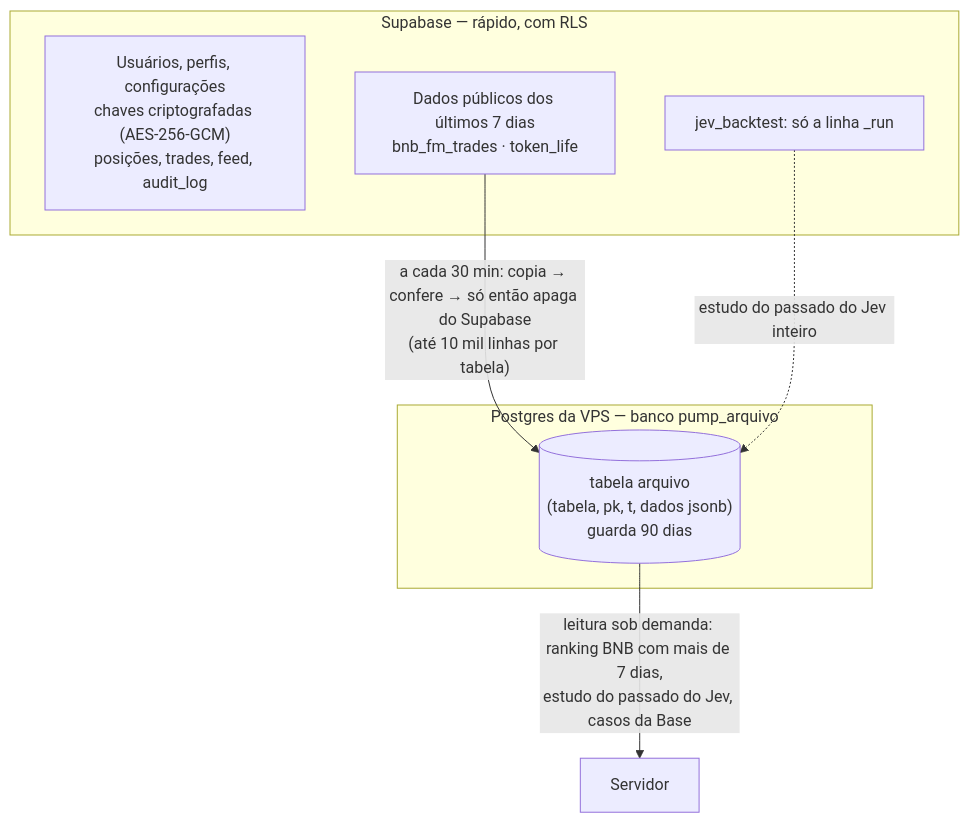
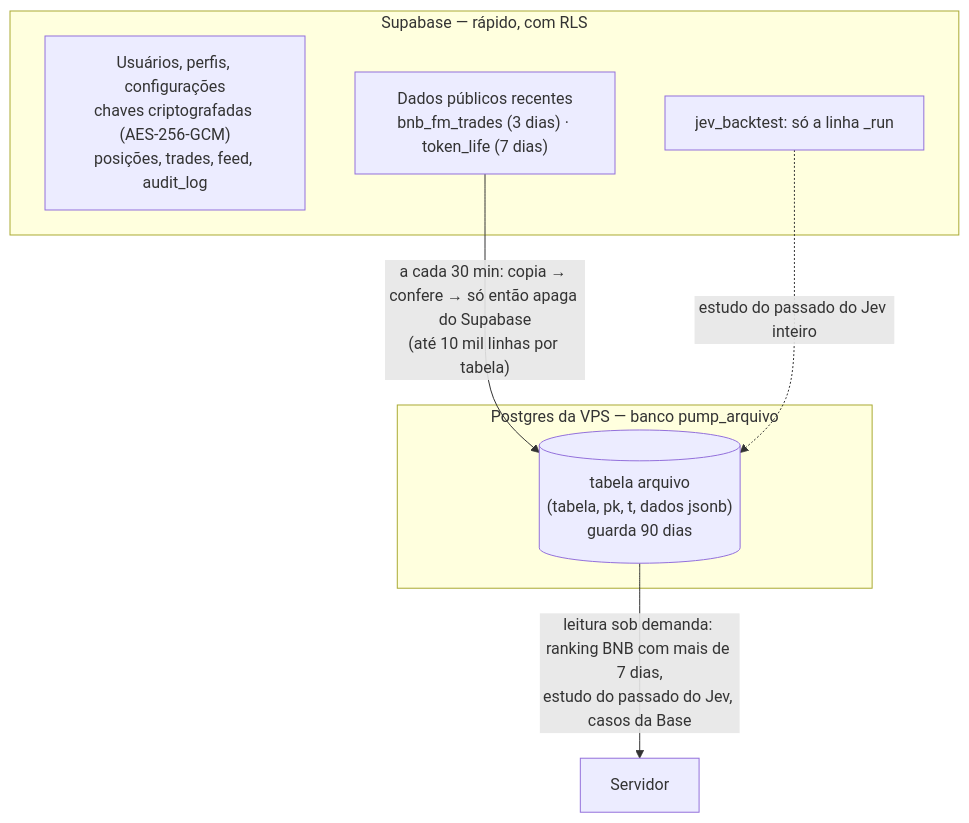
One commit to Bruxo95/PUMP.FUN_Bruxo_Bode changed the second of 3 diagrams in docs/ARQUITETURA.md. Above: the diagram before and after it, drawn with Mermaid. The commit also changed other lines of this file and 10 other files, not shown here.

First line of the commit message:
0.32.270: BNB fica 3 dias no Supabase; dias antigos vêm do arquivo ao subir

````diff
--- a/docs/ARQUITETURA.md
+++ b/docs/ARQUITETURA.md
@@ -45,14 +45,14 @@
 ```mermaid
 flowchart TB
     subgraph S["Supabase — rápido, com RLS"]
         U["Usuários, perfis, configurações<br/>chaves criptografadas (AES-256-GCM)<br/>posições, trades, feed, audit_log"]
-        R["Dados públicos dos últimos 7 dias<br/>bnb_fm_trades · token_life"]
+        R["Dados públicos recentes<br/>bnb_fm_trades (3 dias) · token_life (7 dias)"]
         J["jev_backtest: só a linha _run"]
     end
     subgraph L["Postgres da VPS — banco pump_arquivo"]
         A[("tabela arquivo<br/>(tabela, pk, t, dados jsonb)<br/>guarda 90 dias")]
     end
     R -- "a cada 30 min: copia → confere → só então apaga do Supabase<br/>(até 10 mil linhas por tabela)" --> A
     J -. "estudo do passado do Jev inteiro" .-> A
     A -- "leitura sob demanda: ranking BNB com mais de 7 dias,<br/>estudo do passado do Jev, casos da Base" --> APIX["Servidor"]
 ```
````
